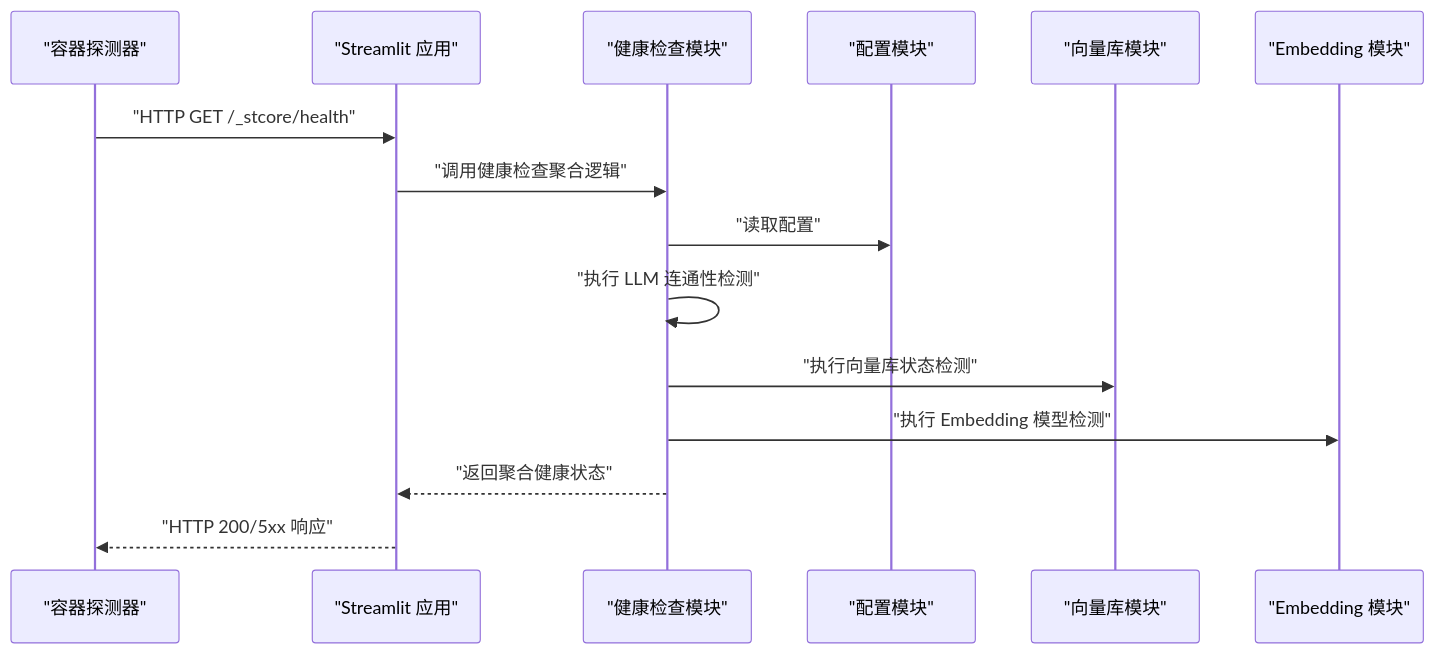
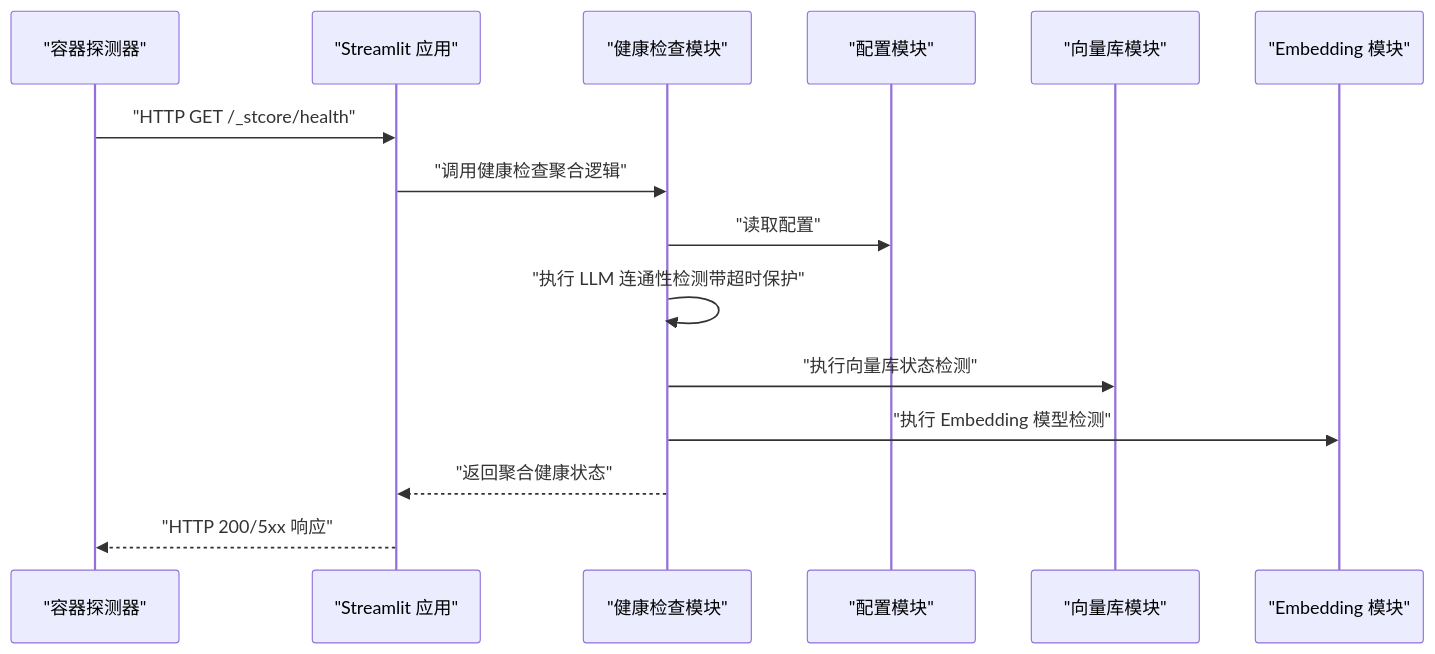
Before and after one commit to joyafa/knowledge: the second of 8 diagrams in .qoder/repowiki/zh/content/RAG核心引擎/健康检查系统.md, drawn with Mermaid. The commit also changed other lines of this file and 20 other files, not shown here.

````diff
--- a/.qoder/repowiki/zh/content/RAG核心引擎/健康检查系统.md
+++ b/.qoder/repowiki/zh/content/RAG核心引擎/健康检查系统.md
@@ -109,17 +118,17 @@
 ```mermaid
 sequenceDiagram
 participant Probe as "容器探测器"
 participant Streamlit as "Streamlit 应用"
 participant Health as "健康检查模块"
 participant Config as "配置模块"
 participant VS as "向量库模块"
 participant EMB as "Embedding 模块"
 Probe->>Streamlit : "HTTP GET /_stcore/health"
 Streamlit->>Health : "调用健康检查聚合逻辑"
 Health->>Config : "读取配置"
-Health->>Health : "执行 LLM 连通性检测"
+Health->>Health : "执行 LLM 连通性检测带超时保护"
 Health->>VS : "执行向量库状态检测"
 Health->>EMB : "执行 Embedding 模型检测"
 Health-->>Streamlit : "返回聚合健康状态"
 Streamlit-->>Probe : "HTTP 200/5xx 响应"
 ```
````
